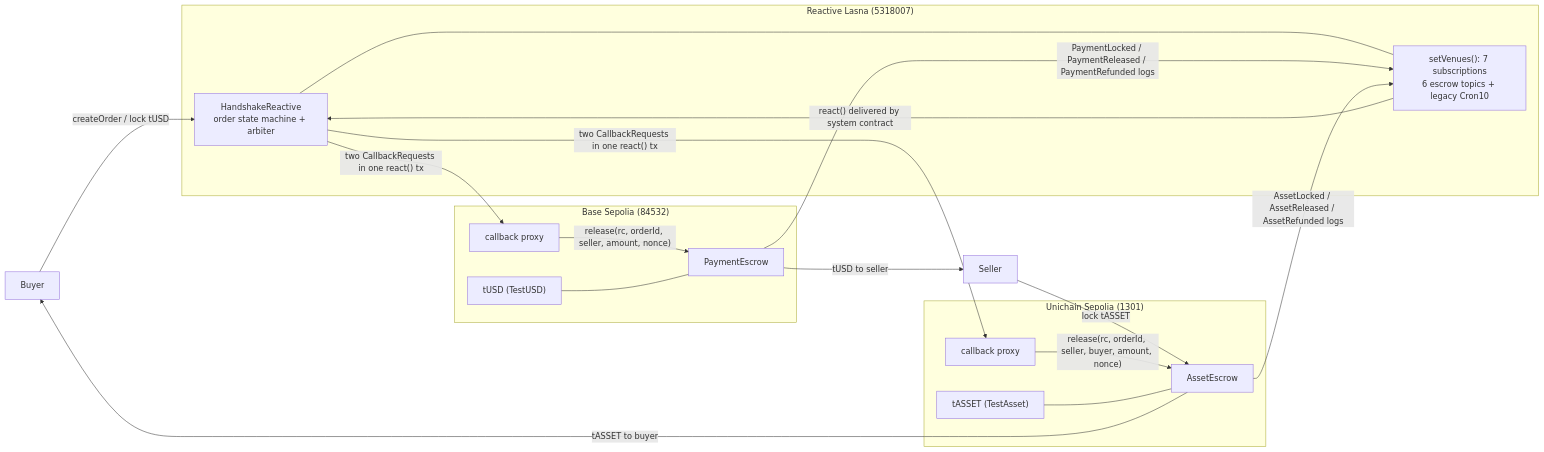
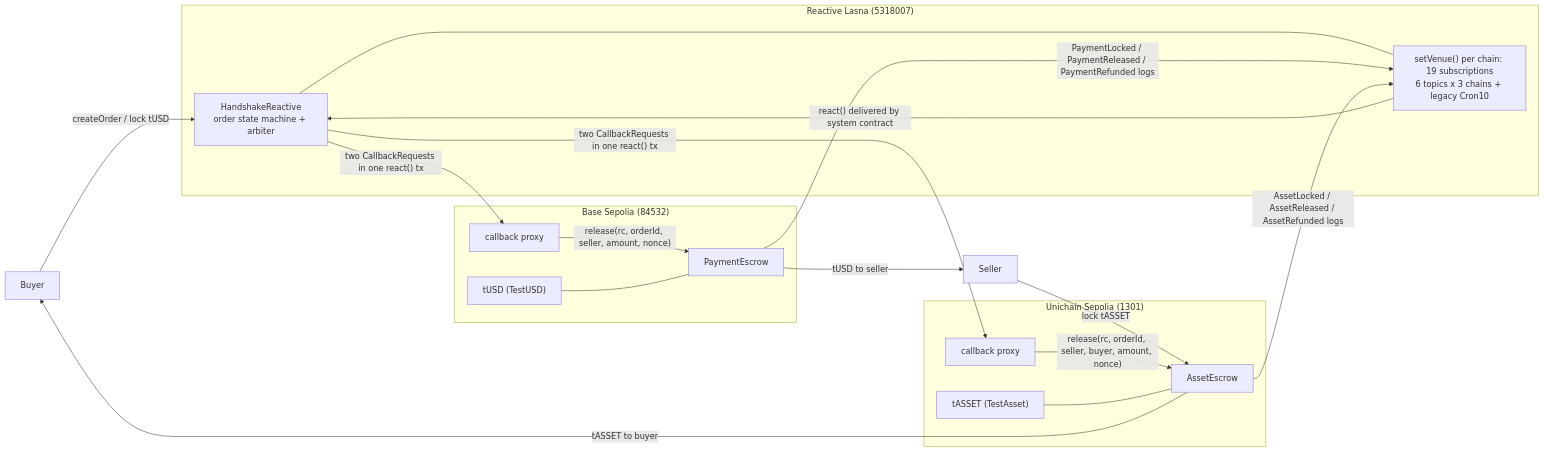
Before and after one commit to koredeycode/handshake-reactive: the first of 2 diagrams in README.md, drawn with Mermaid. The commit also changed other lines of this file and 8 other files, not shown here.

````diff
--- a/README.md
+++ b/README.md
@@ -119,37 +122,37 @@
 ```mermaid
 flowchart LR
     Buyer -->|"createOrder / lock tUSD"| RC
     Seller -->|"lock tASSET"| AE
 
     subgraph LASNA["Reactive Lasna (5318007)"]
         RC["HandshakeReactive<br/>order state machine + arbiter"]
-        SUB["setVenues(): 7 subscriptions<br/>6 escrow topics + legacy Cron10"]
+        SUB["setVenue() per chain: 19 subscriptions<br/>6 topics x 3 chains + legacy Cron10"]
         RC --- SUB
     end
 
     subgraph BASE["Base Sepolia (84532)"]
         PB["callback proxy"]
         PE["PaymentEscrow"]
         TUSD["tUSD (TestUSD)"]
     end
 
     subgraph UNI["Unichain Sepolia (1301)"]
         PU["callback proxy"]
         AE["AssetEscrow"]
         TASSET["tASSET (TestAsset)"]
     end
 
     PE -->|"PaymentLocked / PaymentReleased / PaymentRefunded logs"| SUB
     AE -->|"AssetLocked / AssetReleased / AssetRefunded logs"| SUB
     SUB -->|"react() delivered by system contract"| RC
 
     RC -->|"two CallbackRequests in one react() tx"| PB
     RC -->|"two CallbackRequests in one react() tx"| PU
     PB -->|"release(rc, orderId, seller, amount, nonce)"| PE
     PU -->|"release(rc, orderId, seller, buyer, amount, nonce)"| AE
 
     PE -->|"tUSD to seller"| Seller
     AE -->|"tASSET to buyer"| Buyer
     TUSD --- PE
     TASSET --- AE
 ```
````
